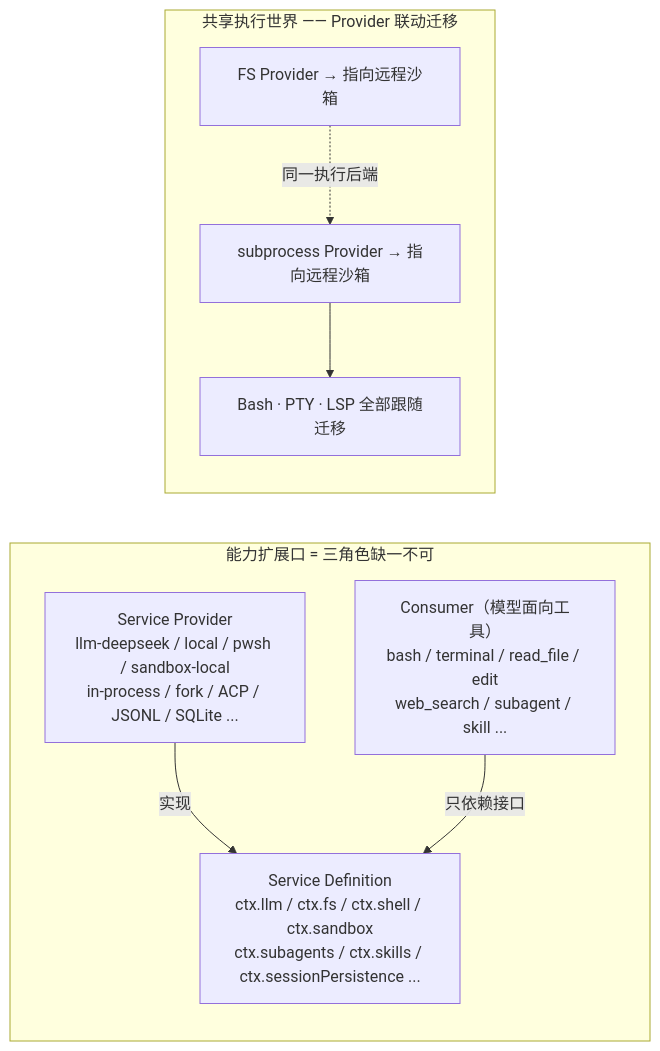
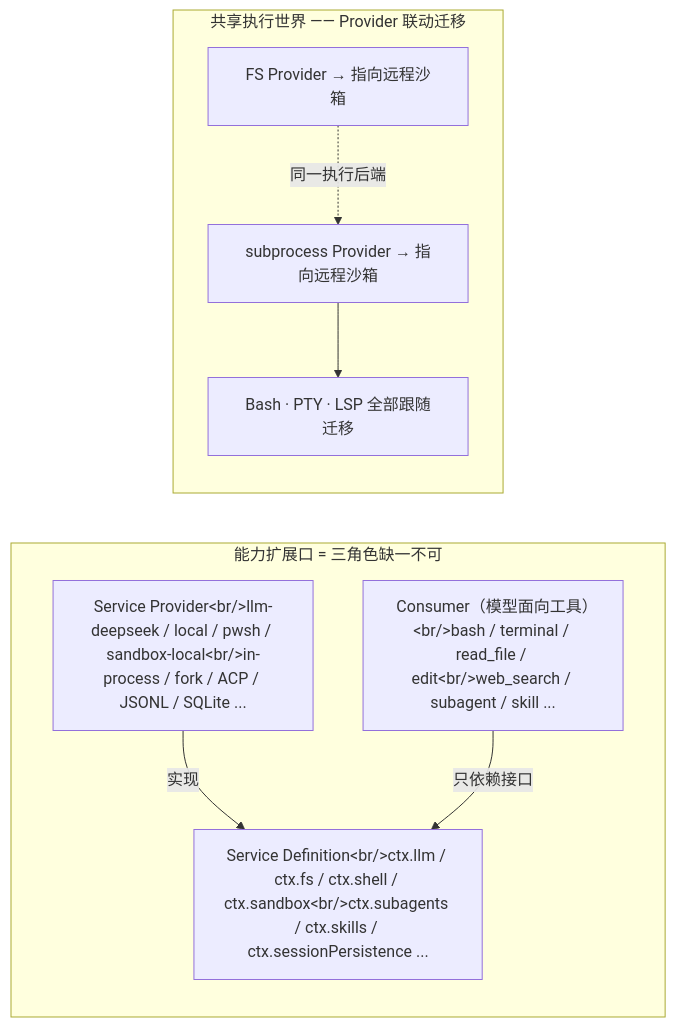
Before and after one commit to ZZKeepCurious/mini-deepseek-harness-python: the second of 9 diagrams in docs/report/02-architecture.md, drawn with Mermaid. The commit also changed other lines of this file and 27 other files, not shown here.

````diff
--- a/docs/report/02-architecture.md
+++ b/docs/report/02-architecture.md
@@ -80,17 +80,17 @@
 ```mermaid
 flowchart LR
   subgraph SEAM["能力扩展口 = 三角色缺一不可"]
-    D["Service Definition<br/>ctx.llm / ctx.fs / ctx.shell / ctx.sandbox<br/>ctx.subagents / ctx.skills / ctx.sessionPersistence ..."]
-    P["Service Provider<br/>llm-deepseek / local / pwsh / sandbox-local<br/>in-process / fork / ACP / JSONL / SQLite ..."]
-    C["Consumer（模型面向工具）<br/>bash / terminal / read_file / edit<br/>web_search / subagent / skill ..."]
+    D["Service Definition&lt;br/&gt;ctx.llm / ctx.fs / ctx.shell / ctx.sandbox&lt;br/&gt;ctx.subagents / ctx.skills / ctx.sessionPersistence ..."]
+    P["Service Provider&lt;br/&gt;llm-deepseek / local / pwsh / sandbox-local&lt;br/&gt;in-process / fork / ACP / JSONL / SQLite ..."]
+    C["Consumer（模型面向工具）&lt;br/&gt;bash / terminal / read_file / edit&lt;br/&gt;web_search / subagent / skill ..."]
   end
   subgraph WORLD["共享执行世界 —— Provider 联动迁移"]
     F["FS Provider → 指向远程沙箱"]
     S["subprocess Provider → 指向远程沙箱"]
     T["Bash · PTY · LSP 全部跟随迁移"]
   end
   P -->|"实现"| D
   C -->|"只依赖接口"| D
   F -.同一执行后端.-> S
   S --> T
 ```
````
